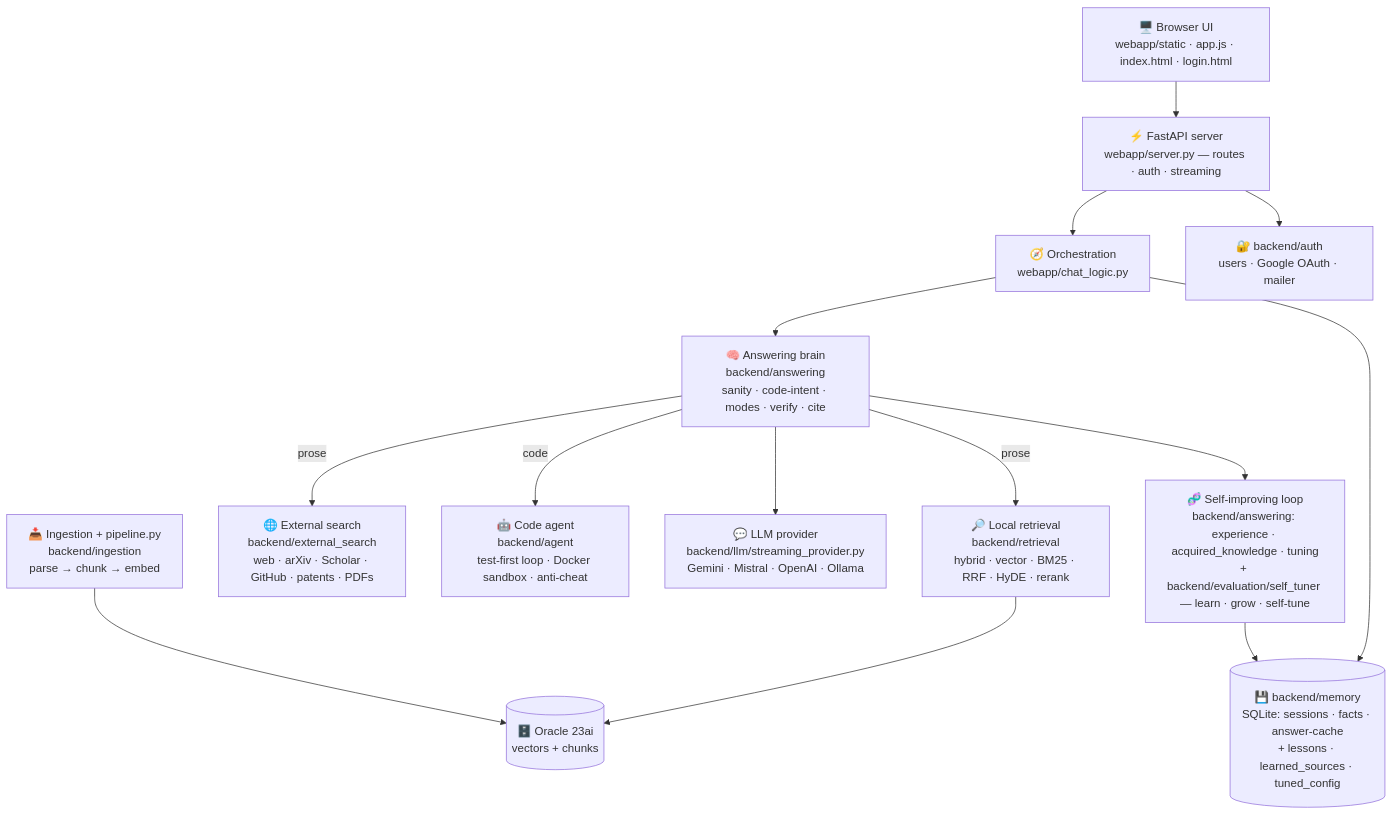
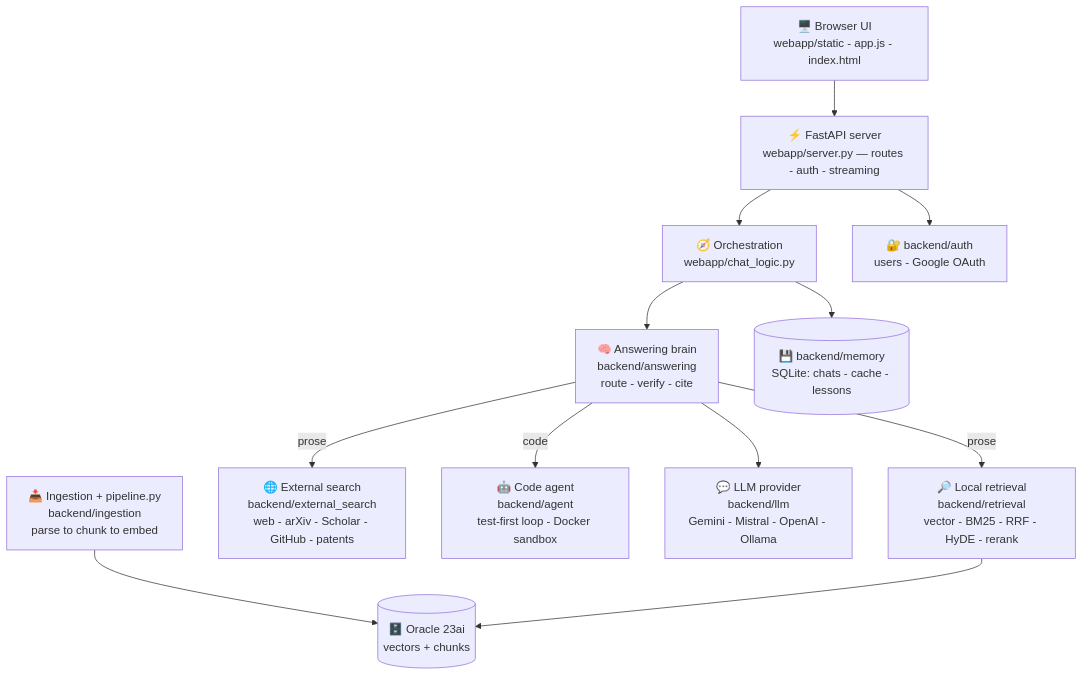
One commit to anistondeveloperteam-ANT/Audio-research-assistant changed the fifth of 5 diagrams in README.md. Above: the diagram before and after it, drawn with Mermaid. The commit also changed other lines of this file and 2 other files, not shown here.

First line of the commit message:
docs: fresh diagram-rich README + step-by-step DEPLOY guide + Dockerfile

````diff
--- a/README.md
+++ b/README.md
@@ -287,16 +351,14 @@
 ```mermaid
 flowchart TD
-    UI["🖥️ Browser UI<br/>webapp/static · app.js · index.html · login.html"] --> SRV["⚡ FastAPI server<br/>webapp/server.py — routes · auth · streaming"]
+    UI["🖥️ Browser UI<br/>webapp/static - app.js - index.html"] --> SRV["⚡ FastAPI server<br/>webapp/server.py — routes - auth - streaming"]
     SRV --> ORC["🧭 Orchestration<br/>webapp/chat_logic.py"]
-    ORC --> ANS["🧠 Answering brain<br/>backend/answering<br/>sanity · code-intent · modes · verify · cite"]
-    ANS -->|prose| RET["🔎 Local retrieval<br/>backend/retrieval<br/>hybrid · vector · BM25 · RRF · HyDE · rerank"]
-    ANS -->|prose| EXT["🌐 External search<br/>backend/external_search<br/>web · arXiv · Scholar · GitHub · patents · PDFs"]
-    ANS -->|code| AGT["🤖 Code agent<br/>backend/agent<br/>test-first loop · Docker sandbox · anti-cheat"]
-    ANS --> LLM["💬 LLM provider<br/>backend/llm/streaming_provider.py<br/>Gemini · Mistral · OpenAI · Ollama"]
-    ING["📥 Ingestion + pipeline.py<br/>backend/ingestion<br/>parse → chunk → embed"] --> DB[("🗄️ Oracle 23ai<br/>vectors + chunks")]
+    ORC --> ANS["🧠 Answering brain<br/>backend/answering<br/>route - verify - cite"]
+    ANS -->|prose| RET["🔎 Local retrieval<br/>backend/retrieval<br/>vector - BM25 - RRF - HyDE - rerank"]
+    ANS -->|prose| EXT["🌐 External search<br/>backend/external_search<br/>web - arXiv - Scholar - GitHub - patents"]
+    ANS -->|code| AGT["🤖 Code agent<br/>backend/agent<br/>test-first loop - Docker sandbox"]
+    ANS --> LLM["💬 LLM provider<br/>backend/llm<br/>Gemini - Mistral - OpenAI - Ollama"]
+    ING["📥 Ingestion + pipeline.py<br/>backend/ingestion<br/>parse to chunk to embed"] --> DB[("🗄️ Oracle 23ai<br/>vectors + chunks")]
     RET --> DB
-    ANS --> LRN["🧬 Self-improving loop<br/>backend/answering: experience · acquired_knowledge · tuning<br/>+ backend/evaluation/self_tuner — learn · grow · self-tune"]
-    LRN --> MEM
-    ORC --> MEM[("💾 backend/memory<br/>SQLite: sessions · facts · answer-cache<br/>+ lessons · learned_sources · tuned_config")]
-    SRV --> AUTH["🔐 backend/auth<br/>users · Google OAuth · mailer"]
+    ORC --> MEM[("💾 backend/memory<br/>SQLite: chats - cache - lessons")]
+    SRV --> AUTH["🔐 backend/auth<br/>users - Google OAuth"]
 ```
````
